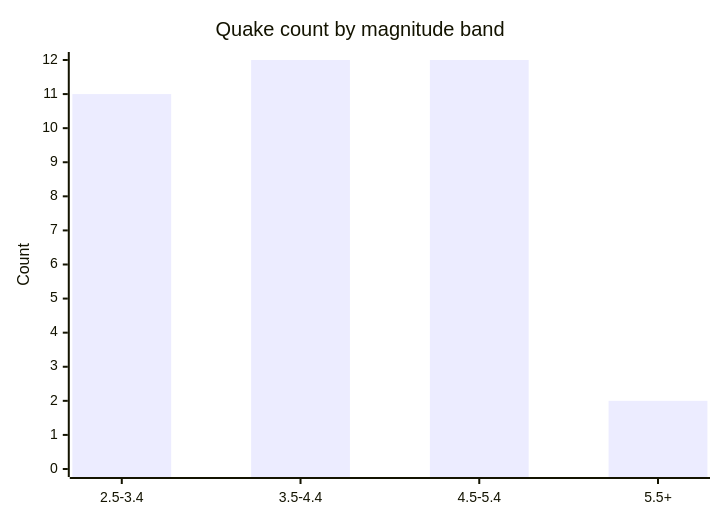
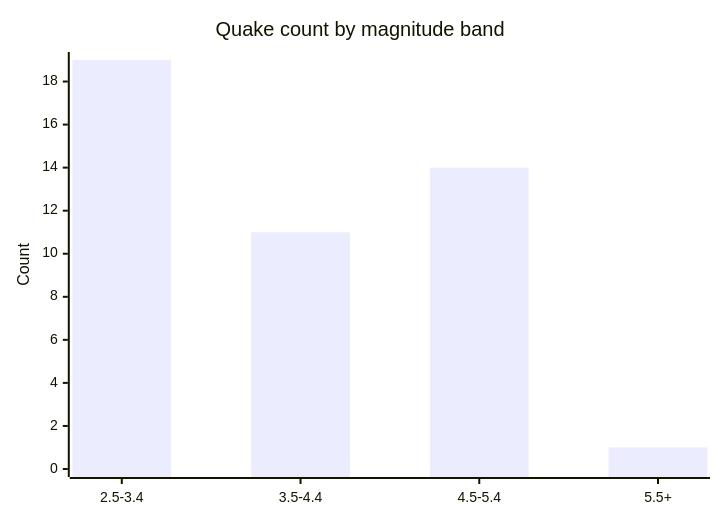
Before and after one commit to Midwest-Stratospheric/aerostratospheric-defense-gir: the fifth of 6 diagrams in docs/GRAPHS.md, drawn with Mermaid. The commit also changed other lines of this file and 23 other files, not shown here.

````diff
--- a/docs/GRAPHS.md
+++ b/docs/GRAPHS.md
@@ -82,7 +82,7 @@
 ```mermaid
 xychart-beta
   title "Quake count by magnitude band"
   x-axis ["2.5-3.4", "3.5-4.4", "4.5-5.4", "5.5+"]
-  y-axis "Count" 0 --> 12
-  bar [11, 12, 12, 2]
+  y-axis "Count" 0 --> 19
+  bar [19, 11, 14, 1]
 ```
````
